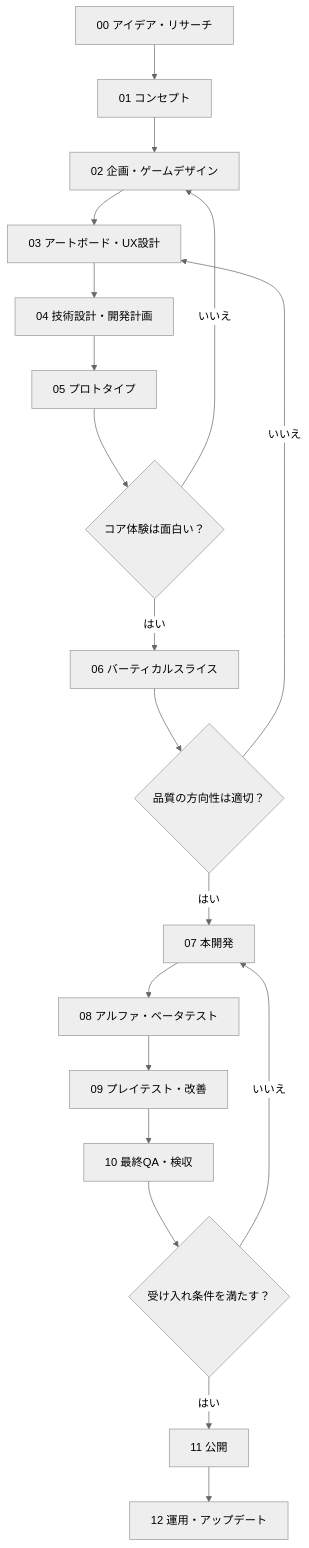
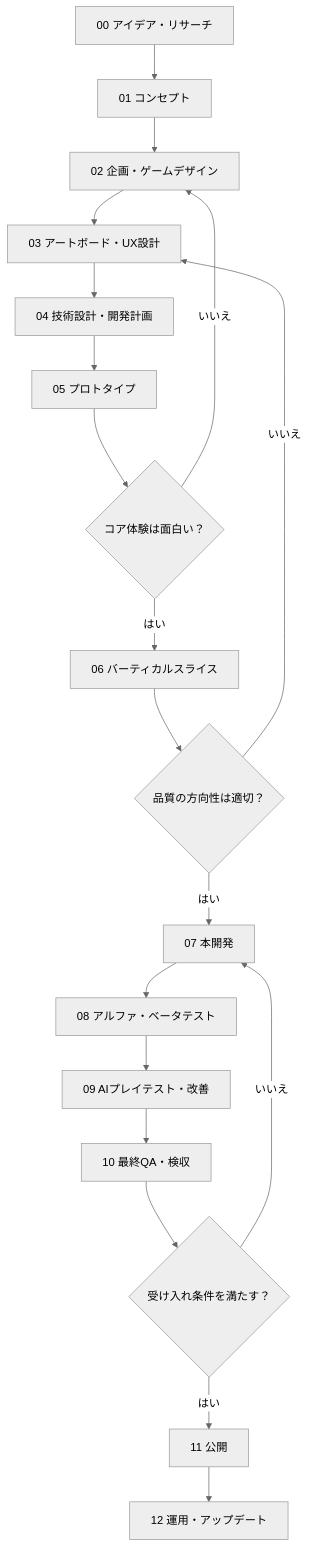
One commit to onishi/shoot-mata changed the diagram in README.md. Above: the diagram before and after it, drawn with Mermaid (neutral theme). The commit also changed other lines of this file and 8 other files, not shown here.

````diff
--- a/README.md
+++ b/README.md
@@ -84,21 +88,21 @@
 ```mermaid
 flowchart TD
     A[00 アイデア・リサーチ] --> B[01 コンセプト]
     B --> C[02 企画・ゲームデザイン]
     C --> D[03 アートボード・UX設計]
     D --> E[04 技術設計・開発計画]
     E --> F[05 プロトタイプ]
     F --> G{コア体験は面白い？}
     G -- いいえ --> C
     G -- はい --> H[06 バーティカルスライス]
     H --> I{品質の方向性は適切？}
     I -- いいえ --> D
     I -- はい --> J[07 本開発]
     J --> K[08 アルファ・ベータテスト]
-    K --> L[09 プレイテスト・改善]
+    K --> L[09 AIプレイテスト・改善]
     L --> M[10 最終QA・検収]
     M --> N{受け入れ条件を満たす？}
     N -- いいえ --> J
     N -- はい --> O[11 公開]
     O --> P[12 運用・アップデート]
 ```
````
